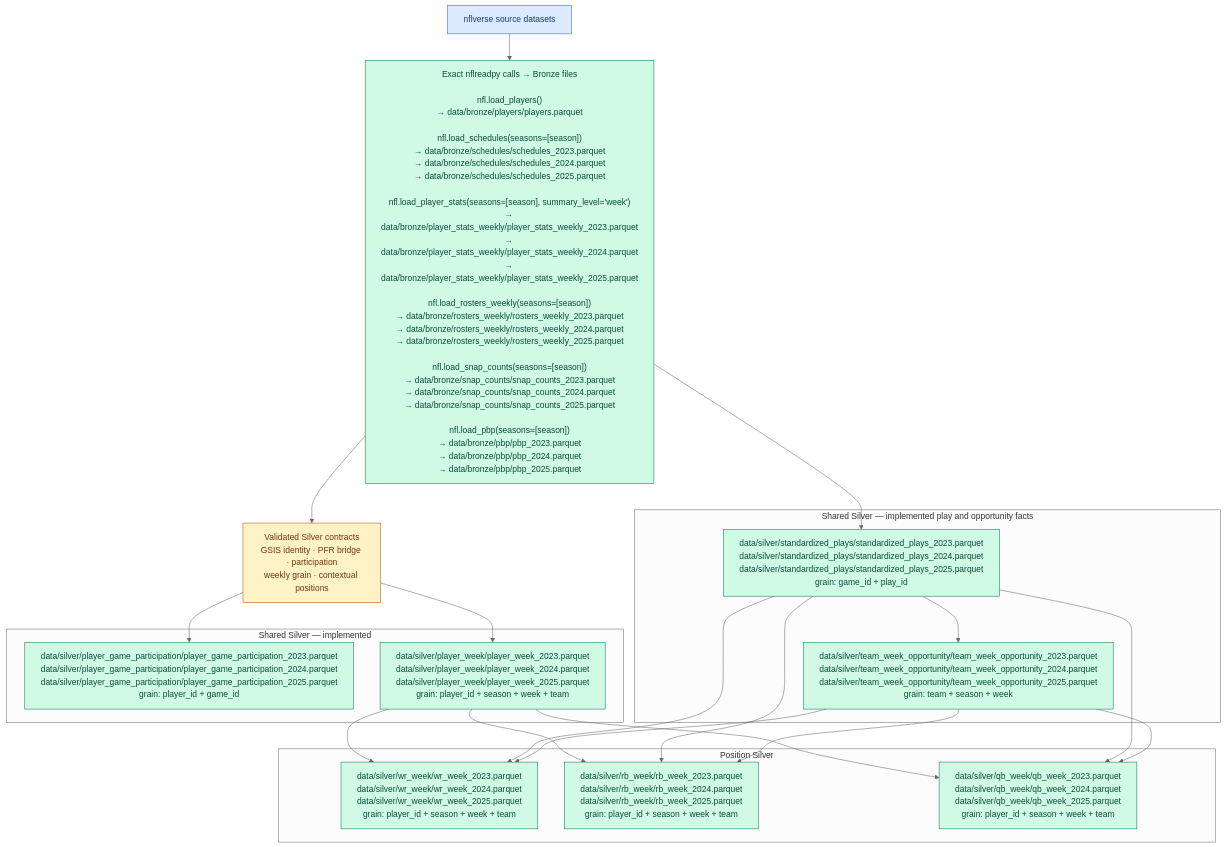
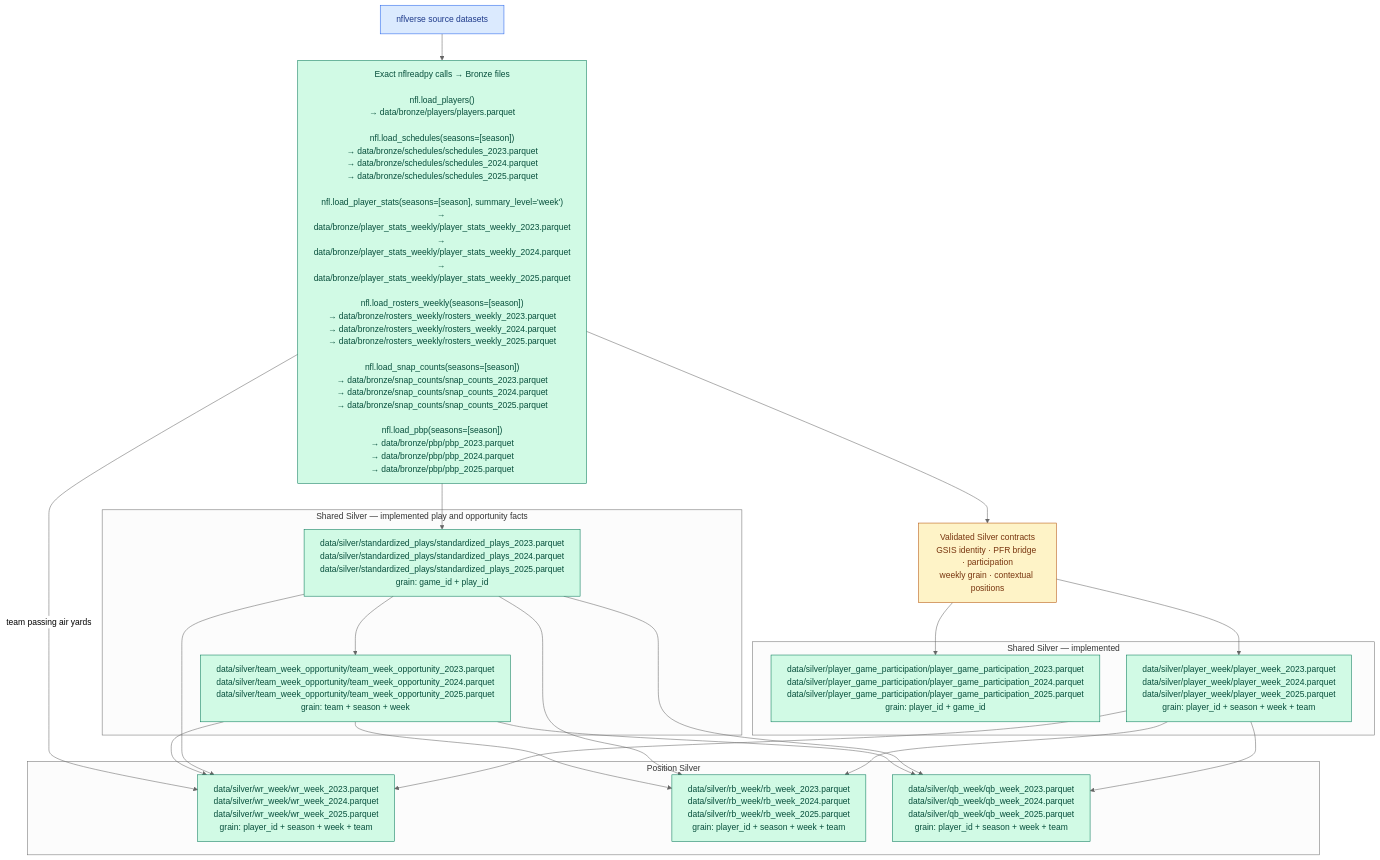
Before and after one commit to ddarby15/nfl-dream-lab-app: the first of 4 diagrams in docs/data-lineage-by-gold-product.md, drawn with Mermaid (neutral theme). The commit also changed other lines of this file and 8 other files, not shown here.

````diff
--- a/docs/data-lineage-by-gold-product.md
+++ b/docs/data-lineage-by-gold-product.md
@@ -17,48 +17,49 @@
 ```mermaid
 flowchart TB
     SOURCE["nflverse source datasets"]
 
     B_FILES["Exact nflreadpy calls → Bronze files<br/><br/>nfl.load_players()<br/>→ data/bronze/players/players.parquet<br/><br/>nfl.load_schedules(seasons=[season])<br/>→ data/bronze/schedules/schedules_2023.parquet<br/>→ data/bronze/schedules/schedules_2024.parquet<br/>→ data/bronze/schedules/schedules_2025.parquet<br/><br/>nfl.load_player_stats(seasons=[season], summary_level='week')<br/>→ data/bronze/player_stats_weekly/player_stats_weekly_2023.parquet<br/>→ data/bronze/player_stats_weekly/player_stats_weekly_2024.parquet<br/>→ data/bronze/player_stats_weekly/player_stats_weekly_2025.parquet<br/><br/>nfl.load_rosters_weekly(seasons=[season])<br/>→ data/bronze/rosters_weekly/rosters_weekly_2023.parquet<br/>→ data/bronze/rosters_weekly/rosters_weekly_2024.parquet<br/>→ data/bronze/rosters_weekly/rosters_weekly_2025.parquet<br/><br/>nfl.load_snap_counts(seasons=[season])<br/>→ data/bronze/snap_counts/snap_counts_2023.parquet<br/>→ data/bronze/snap_counts/snap_counts_2024.parquet<br/>→ data/bronze/snap_counts/snap_counts_2025.parquet<br/><br/>nfl.load_pbp(seasons=[season])<br/>→ data/bronze/pbp/pbp_2023.parquet<br/>→ data/bronze/pbp/pbp_2024.parquet<br/>→ data/bronze/pbp/pbp_2025.parquet"]
 
     CONTRACTS["Validated Silver contracts<br/>GSIS identity · PFR bridge · participation<br/>weekly grain · contextual positions"]
 
     subgraph CurrentSilver["Shared Silver — implemented"]
         S_GAME["data/silver/player_game_participation/player_game_participation_2023.parquet<br/>data/silver/player_game_participation/player_game_participation_2024.parquet<br/>data/silver/player_game_participation/player_game_participation_2025.parquet<br/>grain: player_id + game_id"]
         S_WEEK["data/silver/player_week/player_week_2023.parquet<br/>data/silver/player_week/player_week_2024.parquet<br/>data/silver/player_week/player_week_2025.parquet<br/>grain: player_id + season + week + team"]
     end
 
     subgraph PositionSilver["Position Silver"]
         S_WR["data/silver/wr_week/wr_week_2023.parquet<br/>data/silver/wr_week/wr_week_2024.parquet<br/>data/silver/wr_week/wr_week_2025.parquet<br/>grain: player_id + season + week + team"]
         S_RB["data/silver/rb_week/rb_week_2023.parquet<br/>data/silver/rb_week/rb_week_2024.parquet<br/>data/silver/rb_week/rb_week_2025.parquet<br/>grain: player_id + season + week + team"]
         S_QB["data/silver/qb_week/qb_week_2023.parquet<br/>data/silver/qb_week/qb_week_2024.parquet<br/>data/silver/qb_week/qb_week_2025.parquet<br/>grain: player_id + season + week + team"]
     end
 
     subgraph NewSilver["Shared Silver — implemented play and opportunity facts"]
         S_PLAYS["data/silver/standardized_plays/standardized_plays_2023.parquet<br/>data/silver/standardized_plays/standardized_plays_2024.parquet<br/>data/silver/standardized_plays/standardized_plays_2025.parquet<br/>grain: game_id + play_id"]
         S_TEAM["data/silver/team_week_opportunity/team_week_opportunity_2023.parquet<br/>data/silver/team_week_opportunity/team_week_opportunity_2024.parquet<br/>data/silver/team_week_opportunity/team_week_opportunity_2025.parquet<br/>grain: team + season + week"]
     end
 
     SOURCE --> B_FILES --> CONTRACTS
     CONTRACTS --> S_GAME
     CONTRACTS --> S_WEEK
     B_FILES --> S_PLAYS
     S_PLAYS --> S_TEAM
     S_WEEK --> S_WR
     S_PLAYS --> S_WR
     S_TEAM --> S_WR
+    B_FILES -->|team passing air yards| S_WR
     S_WEEK --> S_RB
     S_PLAYS --> S_RB
     S_TEAM --> S_RB
     S_WEEK --> S_QB
     S_PLAYS --> S_QB
     S_TEAM --> S_QB
 
     classDef source fill:#dbeafe,stroke:#2563eb,color:#1e3a8a;
     classDef built fill:#d1fae5,stroke:#047857,color:#064e3b;
     classDef validation fill:#fef3c7,stroke:#b45309,color:#78350f;
     classDef planned fill:#f3f4f6,stroke:#6b7280,color:#374151,stroke-dasharray:5 5;
 
     class SOURCE source;
     class B_FILES,S_GAME,S_WEEK,S_PLAYS,S_TEAM,S_WR,S_RB,S_QB built;
     class CONTRACTS validation;
 ```
````
